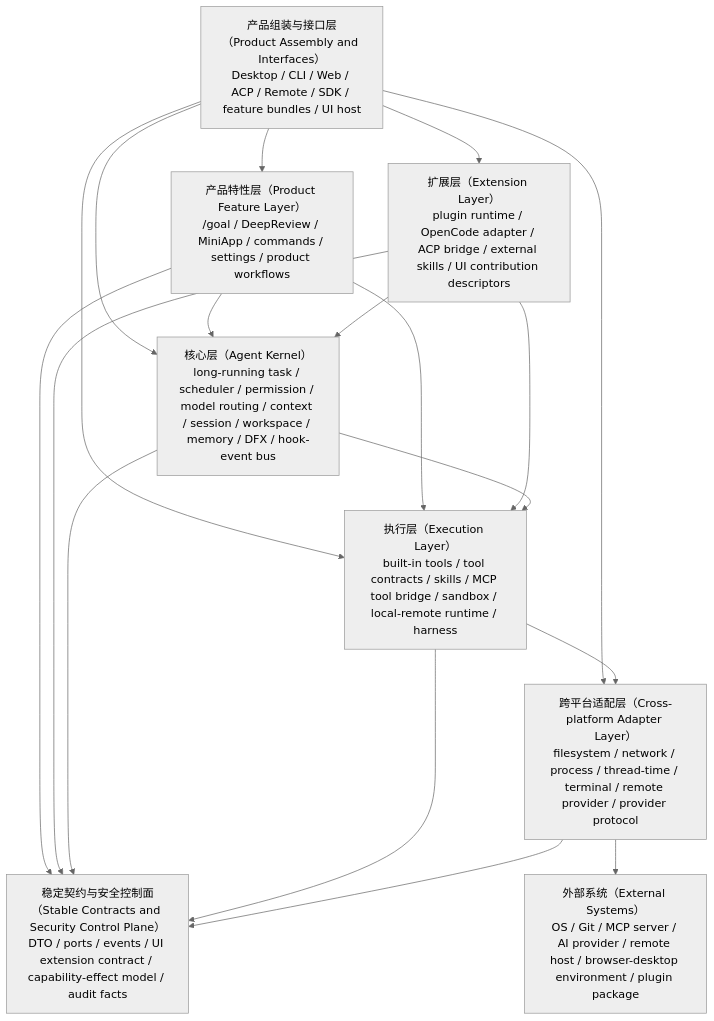
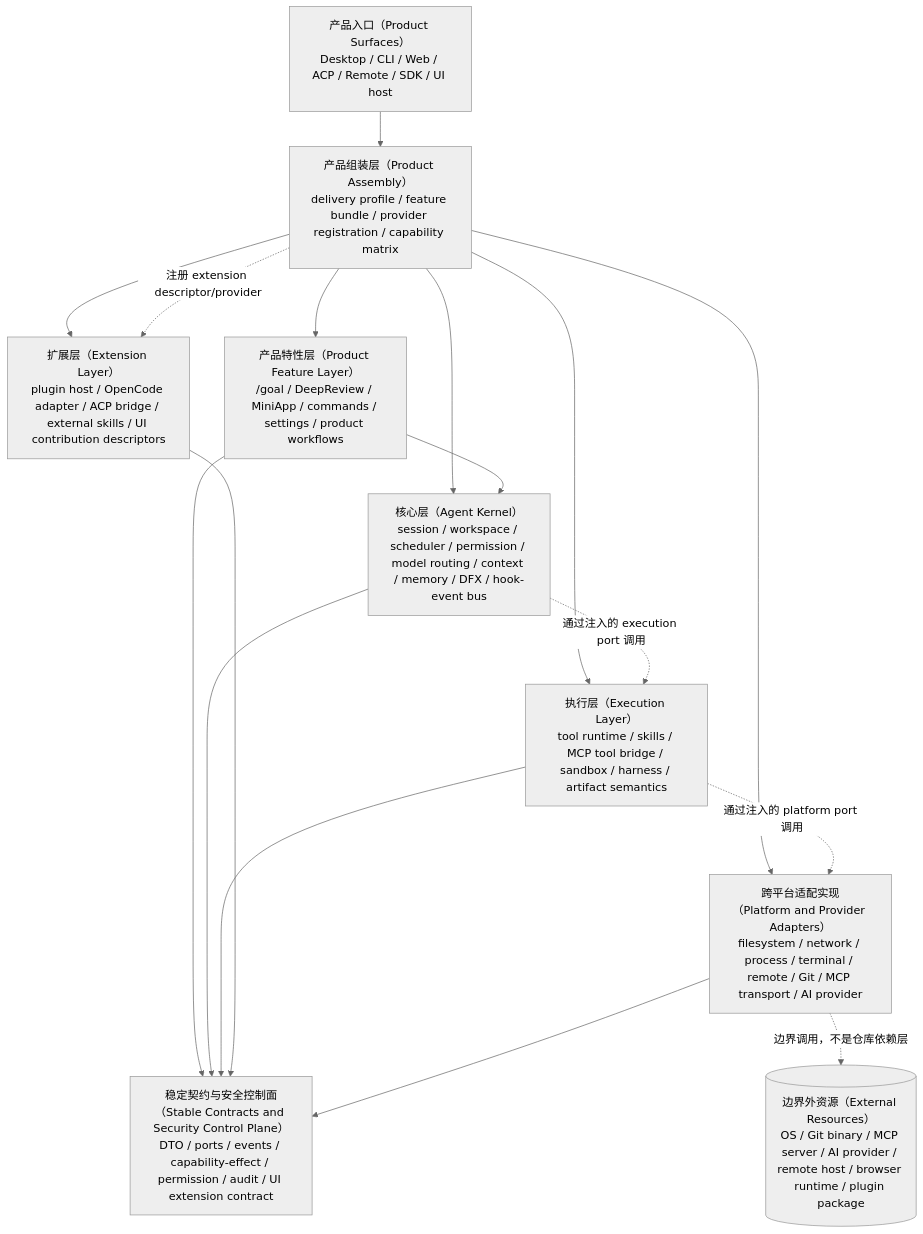
Before and after one commit to 1688mengdie/BitFun: the second of 2 diagrams in docs/architecture/core-decomposition.md, drawn with Mermaid (neutral theme). The commit also changed other lines of this file and 31 other files, not shown here.

Commit message:
refactor(core): move session control facts into agent runtime

````diff
--- a/docs/architecture/core-decomposition.md
+++ b/docs/architecture/core-decomposition.md
@@ -157,29 +174,29 @@
 ```mermaid
 flowchart TB
-  Product["产品组装与接口层（Product Assembly and Interfaces）<br/>Desktop / CLI / Web / ACP / Remote / SDK / feature bundles / UI host"]
+  Surface["产品入口（Product Surfaces）<br/>Desktop / CLI / Web / ACP / Remote / SDK / UI host"]
+  Assembly["产品组装层（Product Assembly）<br/>delivery profile / feature bundle / provider registration / capability matrix"]
   Feature["产品特性层（Product Feature Layer）<br/>/goal / DeepReview / MiniApp / commands / settings / product workflows"]
-  Extension["扩展层（Extension Layer）<br/>plugin runtime / OpenCode adapter / ACP bridge / external skills / UI contribution descriptors"]
-  Kernel["核心层（Agent Kernel）<br/>long-running task / scheduler / permission / model routing / context / session / workspace / memory / DFX / hook-event bus"]
-  Execution["执行层（Execution Layer）<br/>built-in tools / tool contracts / skills / MCP tool bridge / sandbox / local-remote runtime / harness"]
-  Platform["跨平台适配层（Cross-platform Adapter Layer）<br/>filesystem / network / process / thread-time / terminal / remote provider / provider protocol"]
-  Contracts["稳定契约与安全控制面（Stable Contracts and Security Control Plane）<br/>DTO / ports / events / UI extension contract / capability-effect model / audit facts"]
-  External["外部系统（External Systems）<br/>OS / Git / MCP server / AI provider / remote host / browser-desktop environment / plugin package"]
+  Kernel["核心层（Agent Kernel）<br/>session / workspace / scheduler / permission / model routing / context / memory / DFX / hook-event bus"]
+  Execution["执行层（Execution Layer）<br/>tool runtime / skills / MCP tool bridge / sandbox / harness / artifact semantics"]
+  Extension["扩展层（Extension Layer）<br/>plugin host / OpenCode adapter / ACP bridge / external skills / UI contribution descriptors"]
+  Platform["跨平台适配实现（Platform and Provider Adapters）<br/>filesystem / network / process / terminal / remote / Git / MCP transport / AI provider"]
+  Contracts["稳定契约与安全控制面（Stable Contracts and Security Control Plane）<br/>DTO / ports / events / capability-effect / permission / audit / UI extension contract"]
+  External[("边界外资源（External Resources）<br/>OS / Git binary / MCP server / AI provider / remote host / browser runtime / plugin package")]
 
-  Product --> Feature
-  Product --> Extension
-  Product --> Kernel
-  Product --> Execution
-  Product --> Platform
+  Surface --> Assembly
+  Assembly --> Feature
+  Assembly --> Kernel
+  Assembly --> Execution
+  Assembly --> Extension
+  Assembly --> Platform
   Feature --> Kernel
-  Feature --> Execution
   Feature --> Contracts
-  Extension --> Kernel
-  Extension --> Execution
+  Kernel --> Contracts
+  Execution --> Contracts
   Extension --> Contracts
-  Kernel --> Execution
-  Kernel --> Contracts
-  Execution --> Platform
-  Execution --> Contracts
   Platform --> Contracts
-  Platform --> External
+  Kernel -. "通过注入的 execution port 调用" .-> Execution
+  Execution -. "通过注入的 platform port 调用" .-> Platform
+  Assembly -. "注册 extension descriptor/provider" .-> Extension
+  Platform -. "边界调用，不是仓库依赖层" .-> External
 ```
````
